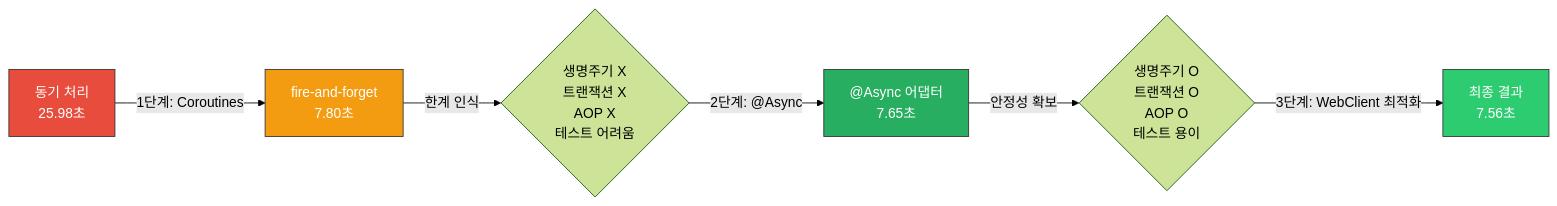
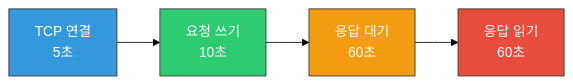
Before and after one commit to jiwon11/jiwon11.github.io: the third of 4 diagrams in _posts/2026-02-07-kotlin-coroutines-to-spring-async-performance-improvement.md, drawn with Mermaid (forest theme). The commit also changed other lines of this file and 3 other files, not shown here.

````diff
--- a/_posts/2026-02-07-kotlin-coroutines-to-spring-async-performance-improvement.md
+++ b/_posts/2026-02-07-kotlin-coroutines-to-spring-async-performance-improvement.md
@@ -659,13 +323,11 @@
 ```mermaid
 graph LR
-    A["동기 처리\n25.98초"] -->|1단계: Coroutines| B["fire-and-forget\n7.80초"]
-    B -->|한계 인식| C{"생명주기 X\n트랜잭션 X\nAOP X\n테스트 어려움"}
-    C -->|2단계: @Async| D["@Async 어댑터\n7.65초"]
-    D -->|안정성 확보| E{"생명주기 O\n트랜잭션 O\nAOP O\n테스트 용이"}
-    E -->|3단계: WebClient 최적화| F["최종 결과\n7.56초"]
+    A["TCP 연결\n5초"] --> B["요청 쓰기\n10초"]
+    B --> C["응답 대기\n60초"]
+    C --> D["응답 읽기\n60초"]
 
-    style A fill:#E74C3C,stroke:#333,color:#fff
-    style B fill:#F39C12,stroke:#333,color:#fff
-    style D fill:#27AE60,stroke:#333,color:#fff
-    style F fill:#2ECC71,stroke:#333,color:#fff
+    style A fill:#3498DB,stroke:#333,color:#fff
+    style B fill:#2ECC71,stroke:#333,color:#fff
+    style C fill:#F39C12,stroke:#333,color:#fff
+    style D fill:#E74C3C,stroke:#333,color:#fff
 ```
````
